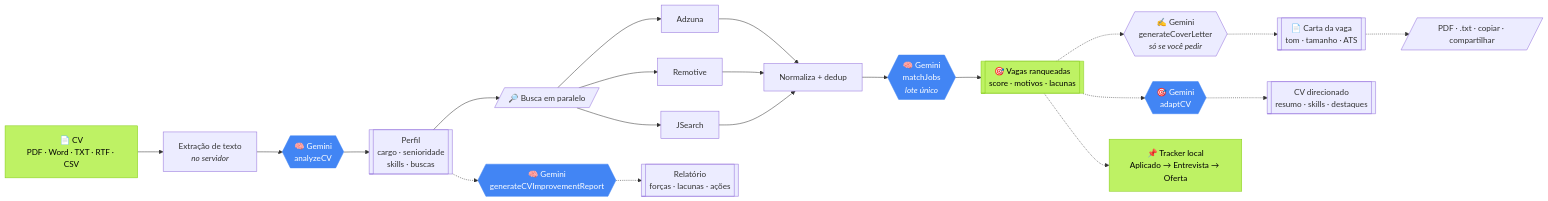
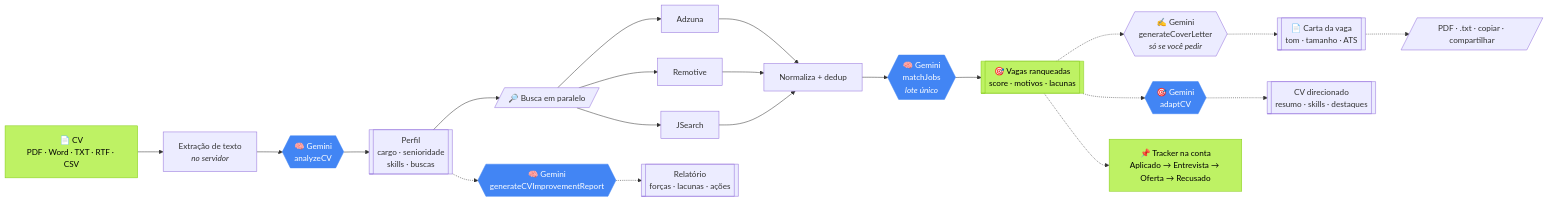
Before and after one commit to cielioqueiroz/buscador-de-cv: the diagram in README.md, drawn with Mermaid. The commit also changed other lines of this file and 9 other files, not shown here.

````diff
--- a/README.md
+++ b/README.md
@@ -58,29 +73,29 @@
 ```mermaid
 flowchart LR
     A[📄 CV<br/>PDF · Word · TXT · RTF · CSV] --> B[Extração de texto<br/><i>no servidor</i>]
     B --> C{{"🧠 Gemini<br/>analyzeCV"}}
     C --> D[["Perfil<br/>cargo · senioridade<br/>skills · buscas"]]
     D --> E[/"🔎 Busca em paralelo"/]
     E --> F1[Adzuna]
     E --> F2[Remotive]
     E --> F3[JSearch]
     F1 & F2 & F3 --> G[Normaliza + dedup]
     G --> H{{"🧠 Gemini<br/>matchJobs<br/><i>lote único</i>"}}
     H --> I[["🎯 Vagas ranqueadas<br/>score · motivos · lacunas"]]
     I -.-> J{{"✍️ Gemini<br/>generateCoverLetter<br/><i>só se você pedir</i>"}}
     J -.-> K[["📄 Carta da vaga<br/>tom · tamanho · ATS"]]
     K -.-> L[/"PDF · .txt · copiar · compartilhar"/]
     I -.-> M{{"🎯 Gemini<br/>adaptCV"}}
     M -.-> N[["CV direcionado<br/>resumo · skills · destaques"]]
     D -.-> O{{"🧠 Gemini<br/>generateCVImprovementReport"}}
     O -.-> P[["Relatório<br/>forças · lacunas · ações"]]
-    I -.-> Q["📌 Tracker local<br/>Aplicado → Entrevista → Oferta"]
+    I -.-> Q["📌 Tracker na conta<br/>Aplicado → Entrevista → Oferta → Recusado"]
 
     style C fill:#4285F4,stroke:#4285F4,color:#fff
     style H fill:#4285F4,stroke:#4285F4,color:#fff
     style I fill:#bef264,stroke:#84cc16,color:#000
     style A fill:#bef264,stroke:#84cc16,color:#000
     style M fill:#4285F4,stroke:#4285F4,color:#fff
     style O fill:#4285F4,stroke:#4285F4,color:#fff
     style Q fill:#bef264,stroke:#84cc16,color:#000
 ```
````
